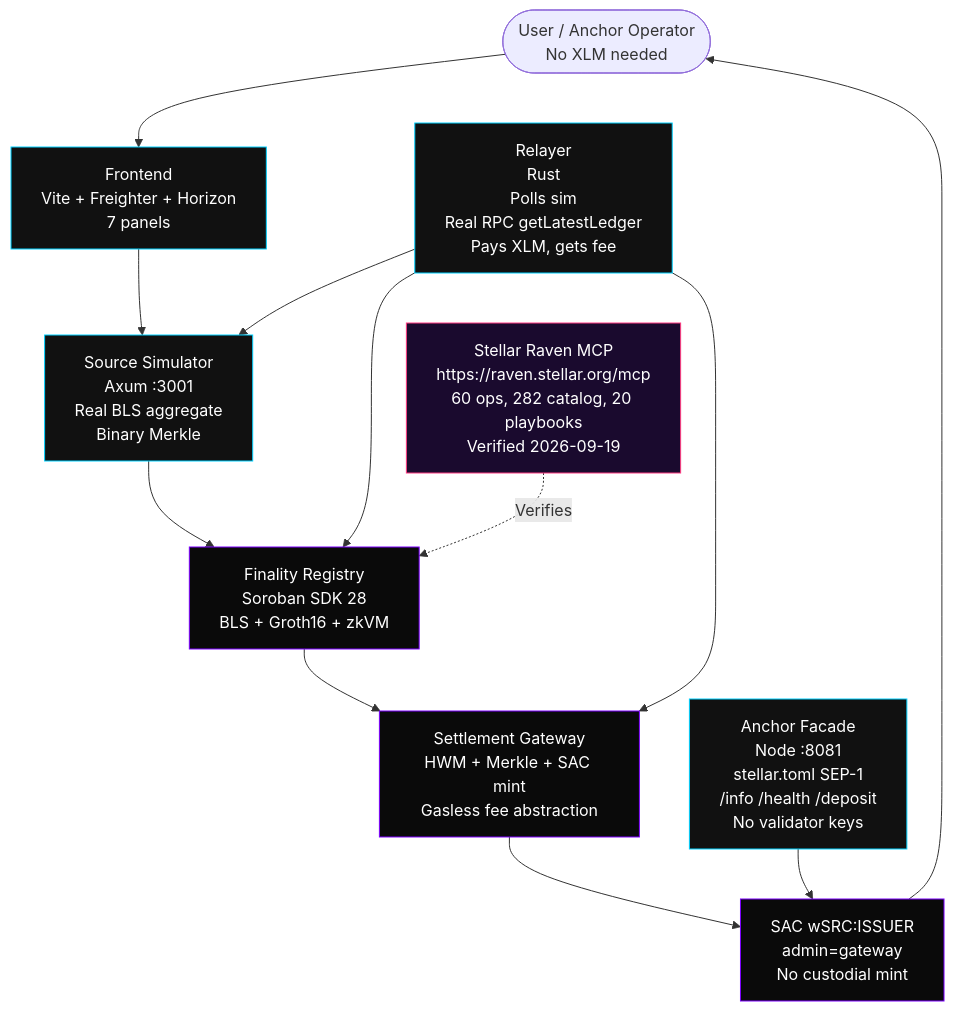
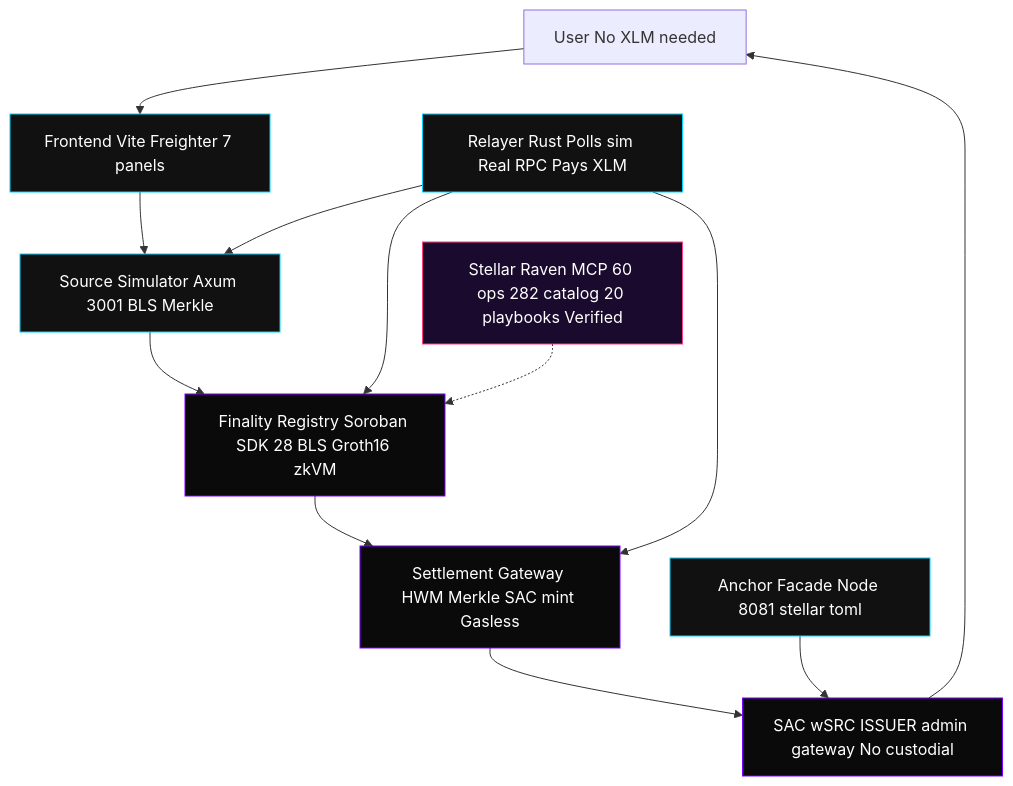
One commit to lubothebook/lumen-gate changed the first of 6 diagrams in README.md. Above: the diagram before and after it, drawn with Mermaid. The commit also changed other lines of this file, not shown here.

First line of the commit message:
fix: Mermaid diagrams GitHub compatible — remove br, &, special chars, ensure flowchart/sequenceDiagram render

````diff
--- a/README.md
+++ b/README.md
@@ -52,25 +52,25 @@
 ```mermaid
 flowchart TB
-    User([User / Anchor Operator<br/>No XLM needed]) --> FE[Frontend<br/>Vite + Freighter + Horizon<br/>7 panels]
-    FE --> SIM[Source Simulator<br/>Axum :3001<br/>Real BLS aggregate<br/>Binary Merkle]
-    SIM --> REG[Finality Registry<br/>Soroban SDK 28<br/>BLS + Groth16 + zkVM]
-    REG --> GW[Settlement Gateway<br/>HWM + Merkle + SAC mint<br/>Gasless fee abstraction]
-    GW --> SAC[SAC wSRC:ISSUER<br/>admin=gateway<br/>No custodial mint]
+    User[User No XLM needed] --> FE[Frontend Vite Freighter 7 panels]
+    FE --> SIM[Source Simulator Axum 3001 BLS Merkle]
+    SIM --> REG[Finality Registry Soroban SDK 28 BLS Groth16 zkVM]
+    REG --> GW[Settlement Gateway HWM Merkle SAC mint Gasless]
+    GW --> SAC[SAC wSRC ISSUER admin gateway No custodial]
     SAC --> User
 
-    REL[Relayer<br/>Rust<br/>Polls sim<br/>Real RPC getLatestLedger<br/>Pays XLM, gets fee] --> SIM
+    REL[Relayer Rust Polls sim Real RPC Pays XLM] --> SIM
     REL --> REG
     REL --> GW
 
-    AN[Anchor Facade<br/>Node :8081<br/>stellar.toml SEP-1<br/>/info /health /deposit<br/>No validator keys] --> SAC
+    AN[Anchor Facade Node 8081 stellar toml] --> SAC
 
-    RAVEN[Stellar Raven MCP<br/>https://raven.stellar.org/mcp<br/>60 ops, 282 catalog, 20 playbooks<br/>Verified 2026-09-19] -. Verifies .-> REG
+    RAVEN[Stellar Raven MCP 60 ops 282 catalog 20 playbooks Verified] -.-> REG
 
     classDef stellar fill:#0A0A0A,stroke:#7D00FF,color:#fff
     classDef offchain fill:#111,stroke:#00D1FF,color:#fff
     classDef innovation fill:#1a0a2e,stroke:#FF3B82,color:#fff
 
     class REG,GW,SAC stellar
     class SIM,REL,FE,AN offchain
     class RAVEN innovation
 ```
````
